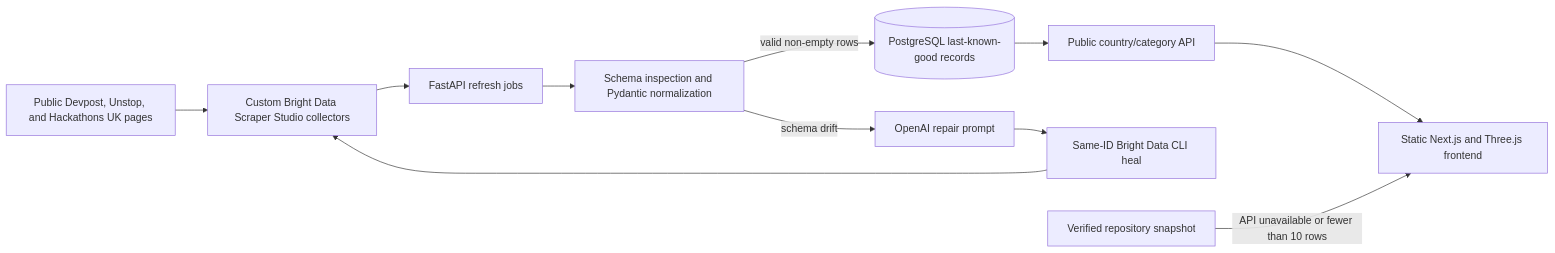
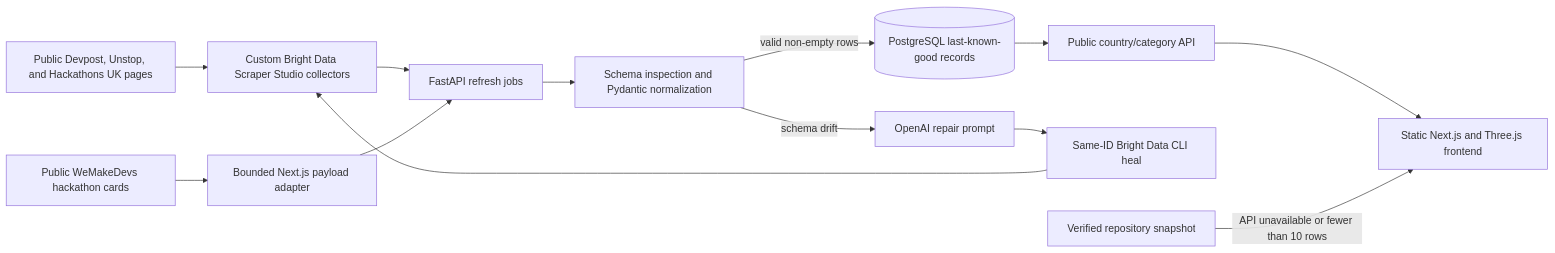
The diagram in README.md (mohantyabhijit/gpu-scrapper), drawn with Mermaid before and after one commit. The commit also changed other lines of this file and 9 other files, not shown here.

Commit message:
feat(discovery): add WeMakeDevs source adapter

````diff
--- a/README.md
+++ b/README.md
@@ -24,18 +24,19 @@
 ```mermaid
 flowchart LR
     A[Public Devpost, Unstop, and Hackathons UK pages]
     B[Custom Bright Data Scraper Studio collectors]
     C[FastAPI refresh jobs]
     D[Schema inspection and Pydantic normalization]
     E[(PostgreSQL last-known-good records)]
     F[Public country/category API]
     G[Static Next.js and Three.js frontend]
 
     A --> B --> C --> D
     D -->|valid non-empty rows| E
     D -->|schema drift| H[OpenAI repair prompt]
     H --> I[Same-ID Bright Data CLI heal]
     I --> B
     E --> F --> G
     J[Verified repository snapshot] -->|API unavailable or fewer than 10 rows| G
+    K[Public WeMakeDevs hackathon cards] --> L[Bounded Next.js payload adapter] --> C
 ```
````
